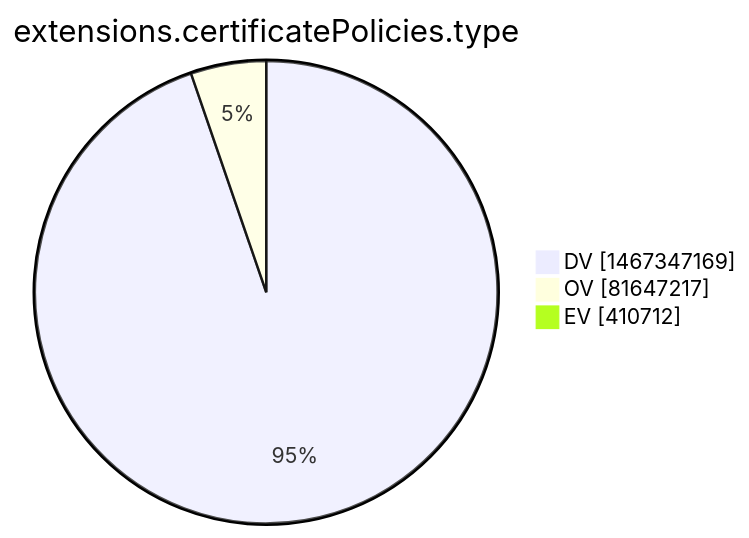
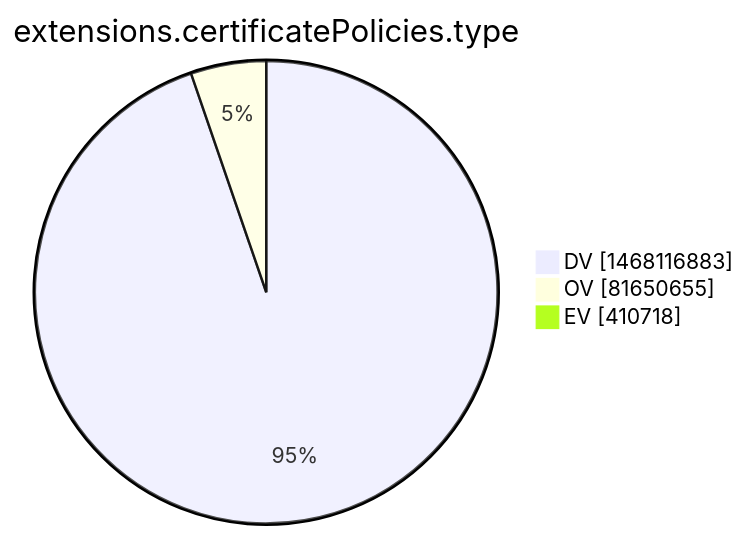
One commit to christiankrug/ctmonitor_visualization changed the tenth of 15 diagrams in xenon2022/README.md. Above: the diagram before and after it, drawn with Mermaid. The commit also changed other lines of this file, not shown here.

````diff
--- a/xenon2022/README.md
+++ b/xenon2022/README.md
@@ -2872,7 +2872,7 @@
 ```mermaid
 pie showData
 title extensions.certificatePolicies.type
-"DV" :1467347169
-"OV" :81647217
-"EV" :410712
+"DV" :1468116883
+"OV" :81650655
+"EV" :410718
 ```
````
